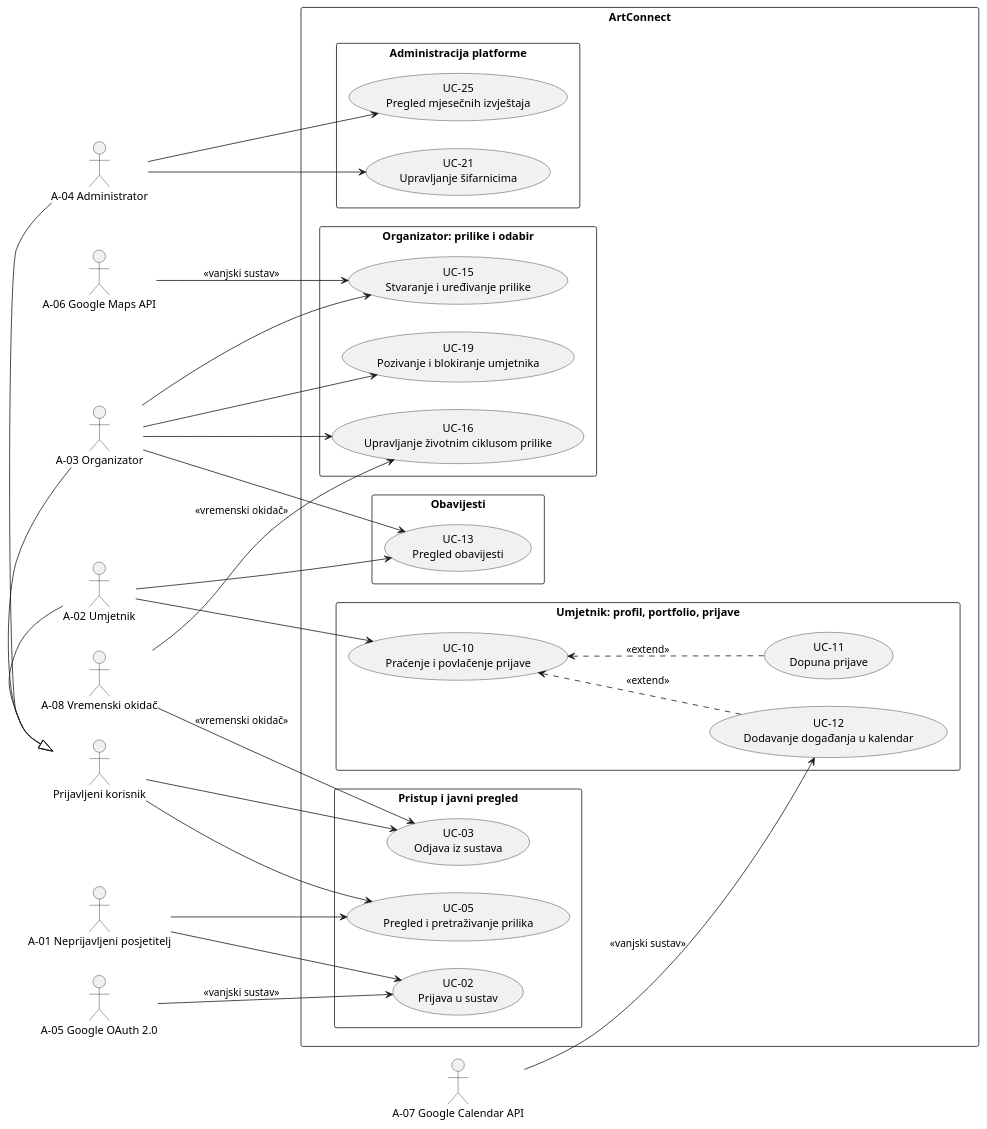
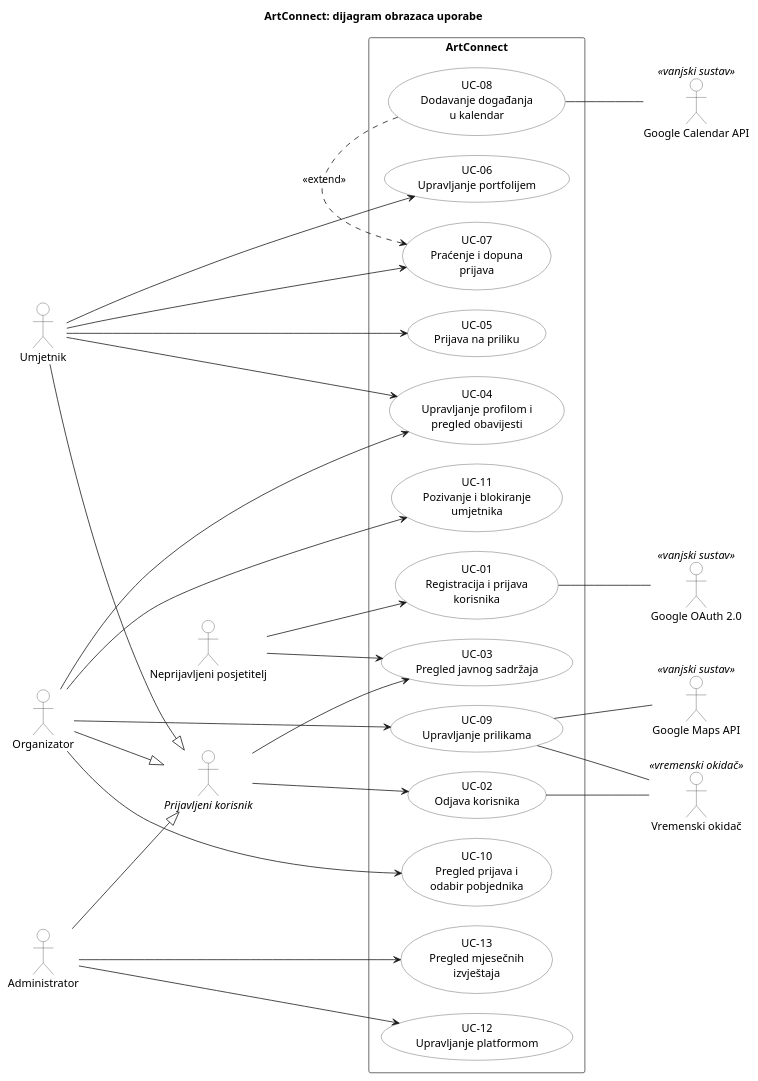
One commit to matkocrnoja/ArtConnect changed the diagram in docs/puml/3-1-artconnect-UC.puml. Above: the diagram before and after it, drawn with PlantUML. The commit also changed 12 other files, not shown here.

Commit message:
Sažimanje obrazaca uporabe

```diff
--- a/docs/puml/3-1-artconnect-UC.puml
+++ b/docs/puml/3-1-artconnect-UC.puml
@@ -1,78 +1,87 @@
-@startuml ArtConnect_UC
+@startuml 3-1-artconnect-UC
 left to right direction
-skinparam packageStyle rectangle
+skinparam shadowing false
+skinparam ranksep 90
+skinparam nodesep 25
+skinparam usecase {
+  BackgroundColor #FFFFFF
+  BorderColor #444444
+}
+skinparam actor {
+  BackgroundColor #FFFFFF
+  BorderColor #444444
+}
+skinparam rectangle {
+  BackgroundColor #FFFFFF
+  BorderColor #444444
+}
+title ArtConnect: dijagram obrazaca uporabe
 
-actor "A-04 Administrator" as A04
-actor "A-03 Organizator" as A03
-actor "A-02 Umjetnik" as A02
-actor "Prijavljeni korisnik" as User
-actor "A-01 Neprijavljeni posjetitelj" as A01
+' --- Primarni akteri ---
+actor "Neprijavljeni posjetitelj" as Posjetitelj
+actor "<i>Prijavljeni korisnik</i>" as Prijavljeni
+actor "Umjetnik" as Umjetnik
+actor "Organizator" as Organizator
+actor "Administrator" as Admin
 
-actor "A-06 Google Maps API" as A06
-actor "A-08 Vremenski okidač" as A08
-actor "A-07 Google Calendar API" as A07
-actor "A-05 Google OAuth 2.0" as A05
+Umjetnik --|> Prijavljeni
+Organizator --|> Prijavljeni
+Admin --|> Prijavljeni
 
-' Nasljedstva za prijavljenog korisnika
-A04 -|> User
-A03 -|> User
-A02 -|> User
-
+' --- Sustav ---
 rectangle "ArtConnect" {
-  rectangle "Administracija platforme" {
-    usecase "UC-25\nPregled mjesečnih izvještaja" as UC25
-    usecase "UC-21\nUpravljanje šifarnicima" as UC21
-  }
-
-  rectangle "Organizator: prilike i odabir" {
-    usecase "UC-19\nPozivanje i blokiranje umjetnika" as UC19
-    usecase "UC-15\nStvaranje i uređivanje prilike" as UC15
-    usecase "UC-16\nUpravljanje životnim ciklusom prilike" as UC16
-  }
-
-  rectangle "Obavijesti" {
-    usecase "UC-13\nPregled obavijesti" as UC13
-  }
-
-  rectangle "Umjetnik: profil, portfolio, prijave" {
-    usecase "UC-12\nDodavanje događanja u kalendar" as UC12
-    usecase "UC-10\nPraćenje i povlačenje prijave" as UC10
-    usecase "UC-11\nDopuna prijave" as UC11
-    
-    UC12 .up.> UC10 : <<extend>>
-    UC11 .up.> UC10 : <<extend>>
-  }
-
-  rectangle "Pristup i javni pregled" {
-    usecase "UC-03\nOdjava iz sustava" as UC03
-    usecase "UC-05\nPregled i pretraživanje prilika" as UC05
-    usecase "UC-02\nPrijava u sustav" as UC02
-  }
+  usecase "UC-01\nRegistracija i prijava\nkorisnika" as UC01
+  usecase "UC-02\nOdjava korisnika" as UC02
+  usecase "UC-03\nPregled javnog sadržaja" as UC03
+  usecase "UC-04\nUpravljanje profilom i\npregled obavijesti" as UC04
+  usecase "UC-05\nPrijava na priliku" as UC05
+  usecase "UC-06\nUpravljanje portfolijem" as UC06
+  usecase "UC-07\nPraćenje i dopuna\nprijava" as UC07
+  usecase "UC-08\nDodavanje događanja\nu kalendar" as UC08
+  usecase "UC-09\nUpravljanje prilikama" as UC09
+  usecase "UC-10\nPregled prijava i\nodabir pobjednika" as UC10
+  usecase "UC-11\nPozivanje i blokiranje\numjetnika" as UC11
+  usecase "UC-12\nUpravljanje platformom" as UC12
+  usecase "UC-13\nPregled mjesečnih\nizvještaja" as UC13
 }
 
-' Veze aktera s use case-ovima
-A04 --> UC25
-A04 --> UC21
+' --- Sekundarni akteri ---
+actor "Google OAuth 2.0" as OAuth <<vanjski sustav>>
+actor "Google Maps API" as Maps <<vanjski sustav>>
+actor "Google Calendar API" as Calendar <<vanjski sustav>>
+actor "Vremenski okidač" as Timer <<vremenski okidač>>
 
-A03 --> UC19
-A03 --> UC15
-A03 --> UC16
-A03 --> UC13
+' --- Neprijavljeni posjetitelj ---
+Posjetitelj --> UC01
+Posjetitelj --> UC03
 
-A02 --> UC13
-A02 --> UC10
+' --- Prijavljeni korisnik (zajedničko za sve tri uloge) ---
+Prijavljeni --> UC02
+Prijavljeni --> UC03
 
-User --> UC03
-User --> UC05
+' --- Umjetnik ---
+Umjetnik --> UC04
+Umjetnik --> UC06
+Umjetnik --> UC05
+Umjetnik --> UC07
 
-A01 --> UC05
-A01 --> UC02
+' --- Organizator ---
+Organizator --> UC04
+Organizator --> UC09
+Organizator --> UC10
+Organizator --> UC11
 
-' Veze s vanjskim sustavima
-A06 --> UC15 : <<vanjski sustav>>
-A08 --> UC16 : <<vremenski okidač>>
-A08 --> UC03 : <<vremenski okidač>>
-A07 --> UC12 : <<vanjski sustav>>
-A05 --> UC02 : <<vanjski sustav>>
+' --- Administrator ---
+Admin --> UC12
+Admin --> UC13
 
+' --- Sekundarni akteri ---
+UC01 -- OAuth
+UC09 -- Maps
+UC09 -- Timer
+UC02 -- Timer
+UC08 -- Calendar
+
+' --- Odnosi među obrascima uporabe ---
+UC08 .> UC07 : <<extend>>
 @enduml
```
